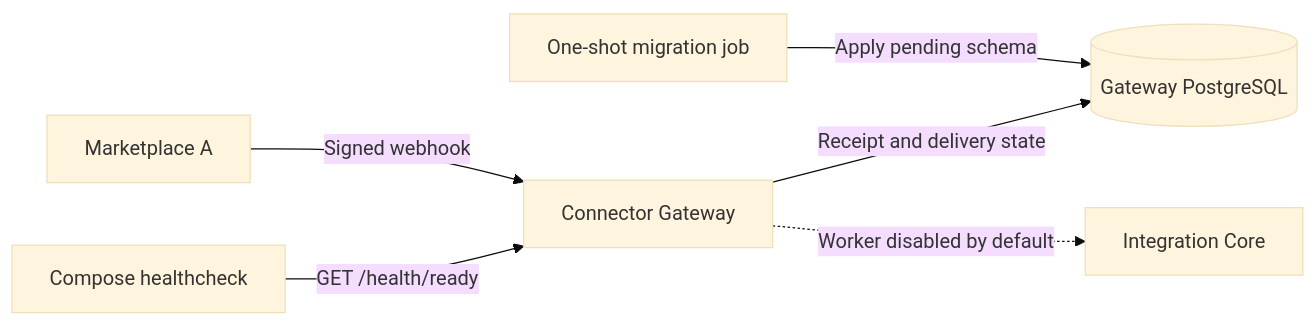
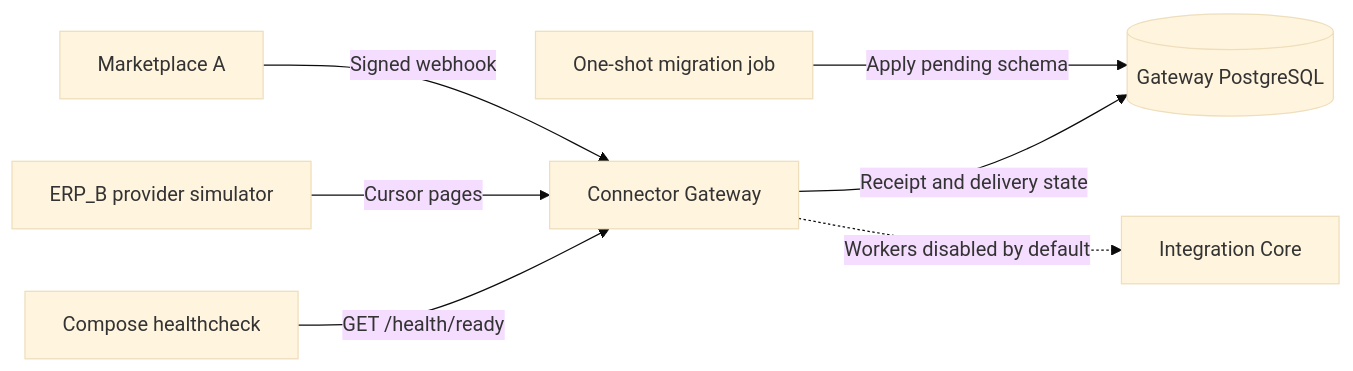
One commit to PietroRussoD/commerce-integration-hub changed the diagram in services/connector-gateway/README.md. Above: the diagram before and after it, drawn with Mermaid (base theme). The commit also changed other lines of this file and 4 other files, not shown here.

Commit message:
🧱 Integrate provider simulator into local stack

````diff
--- a/services/connector-gateway/README.md
+++ b/services/connector-gateway/README.md
@@ -165,15 +166,17 @@
 ```mermaid
 flowchart LR
     Provider[Marketplace A]
+    Erp[ERP_B provider simulator]
     Gateway[Connector Gateway]
     Migration[One-shot migration job]
     Database[(Gateway PostgreSQL)]
     Core[Integration Core]
     Probe[Compose healthcheck]
 
     Provider -->|Signed webhook| Gateway
+    Erp -->|Cursor pages| Gateway
     Migration -->|Apply pending schema| Database
     Gateway -->|Receipt and delivery state| Database
     Probe -->|GET /health/ready| Gateway
-    Gateway -.->|Worker disabled by default| Core
+    Gateway -.->|Workers disabled by default| Core
 ```
````
